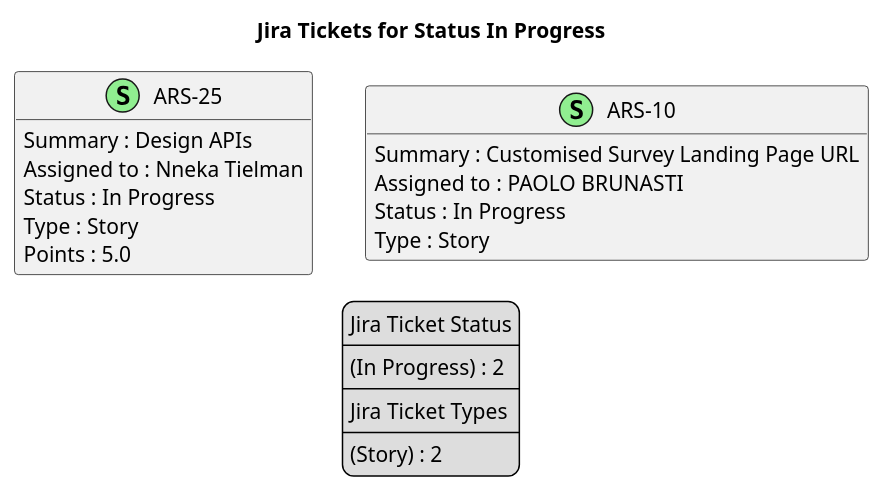
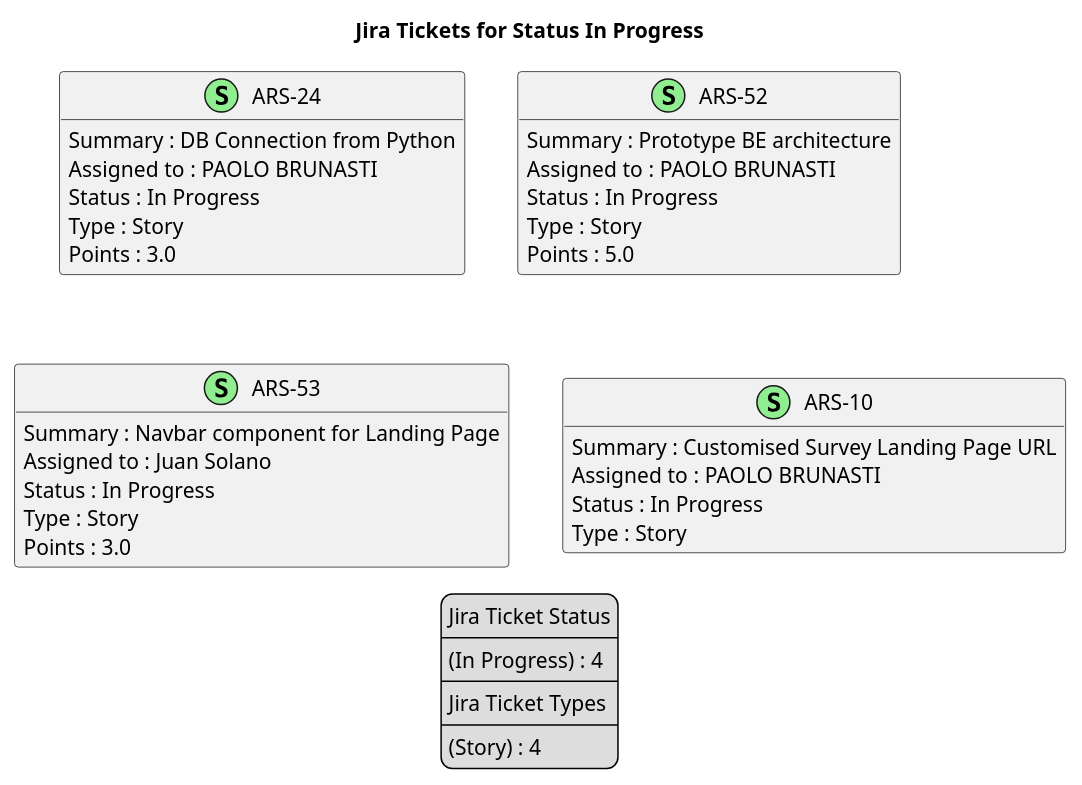
One commit to brunasti/jiraplotter changed the diagram in docs/nexus/jira-Status-In_Progress.puml. Above: the diagram before and after it, drawn with PlantUML. The commit also changed 19 other files, not shown here.

```diff
--- a/docs/nexus/jira-Status-In_Progress.puml
+++ b/docs/nexus/jira-Status-In_Progress.puml
@@ -1,42 +1,58 @@
 @startuml
 'https://plantuml.com/class-diagram
 
 ' GENERATE CLASS DIAGRAM ===========
-' Generated at    : Tue May 14 12:25:21 CEST 2024
+' Generated at    : Tue May 14 15:35:46 CEST 2024
 
 title Jira Tickets for Status In Progress
 hide empty members
 
 legend
 Jira Ticket Status
 ----
-(In Progress) : 2
+(In Progress) : 4
 ----
 Jira Ticket Types
 ----
-(Story) : 2
+(Story) : 4
 end legend
 
 
 ' Tickets =======
-class "ARS-25" << (S,lightgreen) >> {
-  Summary : Design APIs
-  Assigned to : Nneka Tielman
+class "ARS-24" << (S,lightgreen) >> {
+  Summary : DB Connection from Python
+  Assigned to : PAOLO BRUNASTI
+  Status : In Progress
+  Type : Story
+  Points : 3.0
+}
+
+class "ARS-52" << (S,lightgreen) >> {
+  Summary : Prototype BE architecture
+  Assigned to : PAOLO BRUNASTI
   Status : In Progress
   Type : Story
   Points : 5.0
+}
+
+class "ARS-53" << (S,lightgreen) >> {
+  Summary : Navbar component for Landing Page
+  Assigned to : Juan Solano
+  Status : In Progress
+  Type : Story
+  Points : 3.0
 }
 
 class "ARS-10" << (S,lightgreen) >> {
   Summary : Customised Survey Landing Page URL
   Assigned to : PAOLO BRUNASTI
   Status : In Progress
   Type : Story
 }
 
 
 
 ' Links =======
 
 
 @enduml
```
